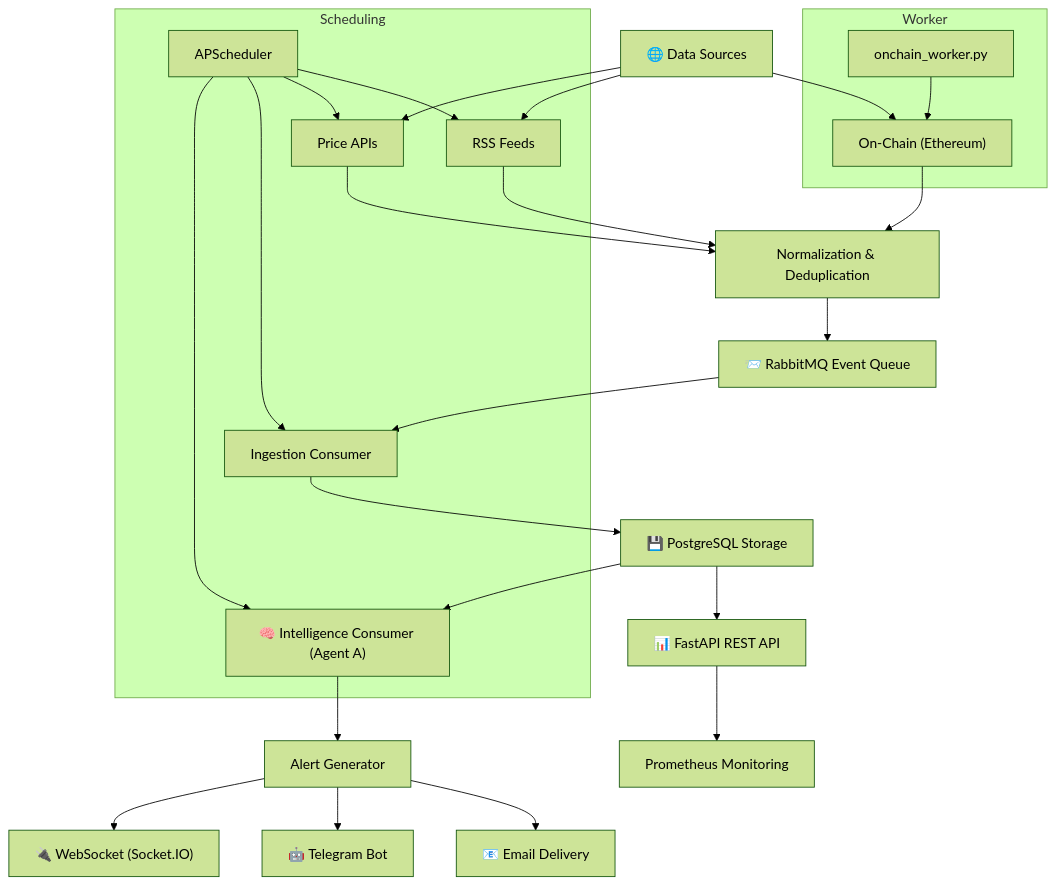
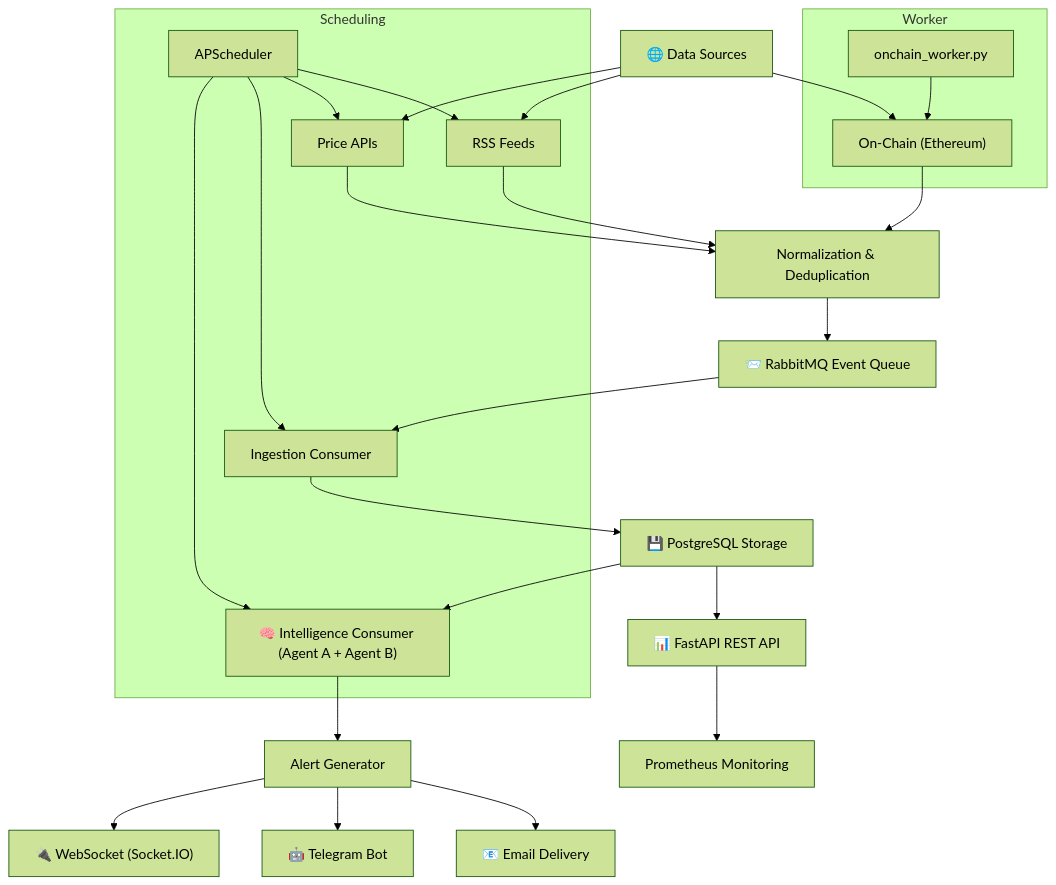
The diagram in README.md (MohidNaghman1/AETERNA-Autonomous-Alpha-Engine), drawn with Mermaid (forest theme) before and after one commit. The commit also changed other lines of this file, not shown here.

````diff
--- a/README.md
+++ b/README.md
@@ -82,34 +82,34 @@
 ```mermaid
 flowchart TD
     A["🌐 Data Sources"] --> A1["RSS Feeds"]
     A --> A2["Price APIs"]
     A --> A3["On-Chain (Ethereum)"]
 
     A1 --> B["Normalization & Deduplication"]
     A2 --> B
     A3 --> B
 
     B --> C["📨 RabbitMQ Event Queue"]
     C --> D["Ingestion Consumer"]
     D --> E["💾 PostgreSQL Storage"]
-    E --> F["🧠 Intelligence Consumer (Agent A)"]
+    E --> F["🧠 Intelligence Consumer (Agent A + Agent B)"]
     F --> G["Alert Generator"]
 
     G --> H["📧 Email Delivery"]
     G --> I["🤖 Telegram Bot"]
     G --> J["🔌 WebSocket (Socket.IO)"]
 
     E --> K["📊 FastAPI REST API"]
     K --> L["Prometheus Monitoring"]
 
     subgraph Scheduling
         S["APScheduler"] --> A1
         S --> A2
         S --> D
         S --> F
     end
 
     subgraph Worker
         W["onchain_worker.py"] --> A3
     end
 ```
````
